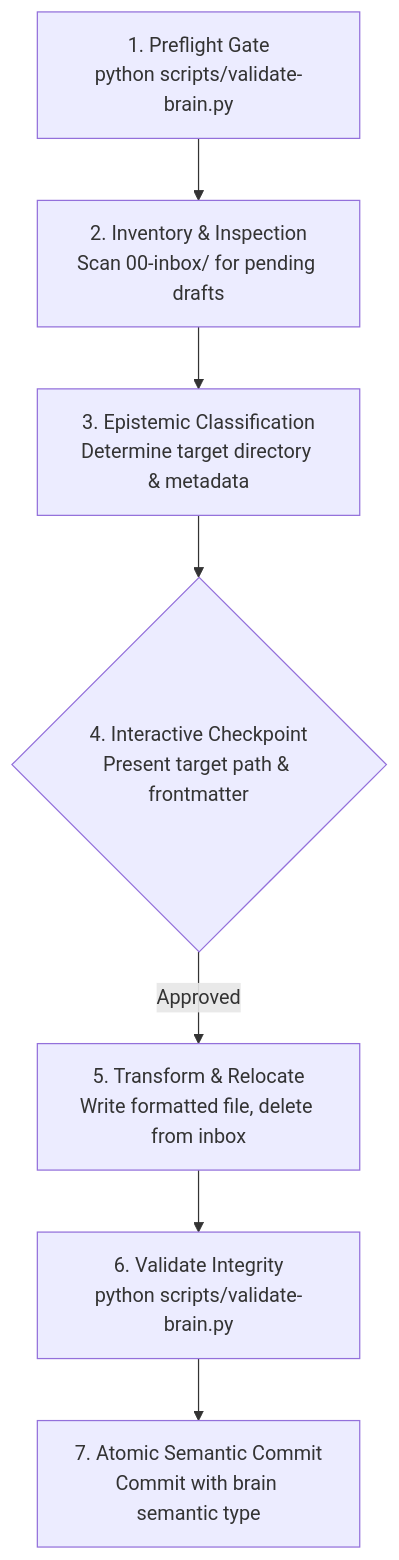
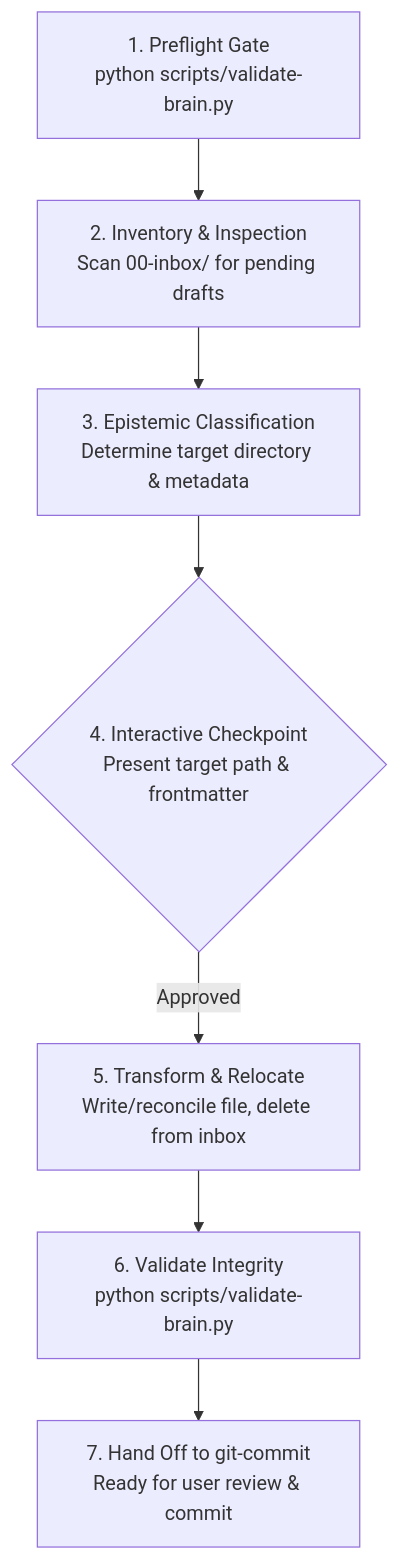
The diagram in extensions/draft-curation/SKILL.md (kiskaadee/skills), drawn with Mermaid before and after one commit. The commit also changed other lines of this file and 1 other file, not shown here.

First line of the commit message:
feat(extensions): update draft-curation with journal reconciliation and fix commit-logger parent-sha

````diff
--- a/extensions/draft-curation/SKILL.md
+++ b/extensions/draft-curation/SKILL.md
@@ -34,9 +37,9 @@
 ```mermaid
 flowchart TD
     S1["1. Preflight Gate<br/>python scripts/validate-brain.py"] --> S2["2. Inventory & Inspection<br/>Scan 00-inbox/ for pending drafts"]
     S2 --> S3["3. Epistemic Classification<br/>Determine target directory & metadata"]
     S3 --> S4{"4. Interactive Checkpoint<br/>Present target path & frontmatter"}
-    S4 -->|Approved| S5["5. Transform & Relocate<br/>Write formatted file, delete from inbox"]
+    S4 -->|Approved| S5["5. Transform & Relocate<br/>Write/reconcile file, delete from inbox"]
     S5 --> S6["6. Validate Integrity<br/>python scripts/validate-brain.py"]
-    S6 --> S7["7. Atomic Semantic Commit<br/>Commit with brain semantic type"]
+    S6 --> S7["7. Hand Off to git-commit<br/>Ready for user review & commit"]
 ```
````
